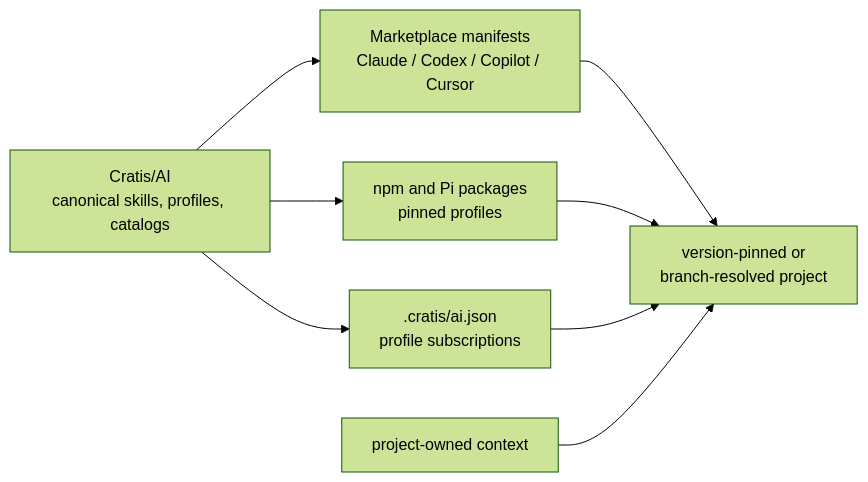
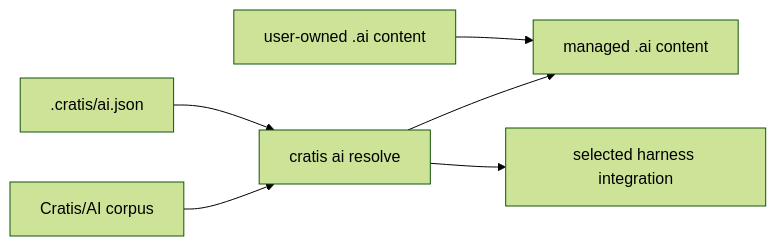
Before and after one commit to Cratis/Documentation: the diagram in web/src/content/docs/ai/trust-and-distribution.mdx, drawn with Mermaid (forest theme). The commit also changed other lines of this file and 1 other file, not shown here.

Commit message:
Document managed Cratis AI installation

````diff
--- a/web/src/content/docs/ai/trust-and-distribution.mdx
+++ b/web/src/content/docs/ai/trust-and-distribution.mdx
@@ -14,10 +12,8 @@
 ```mermaid
 flowchart LR
-    A[Cratis/AI<br/>canonical skills, profiles, catalogs] --> M[Marketplace manifests<br/>Claude / Codex / Copilot / Cursor]
-    A --> N[npm and Pi packages<br/>pinned profiles]
-    A --> S[.cratis/ai.json<br/>profile subscriptions]
-    M --> P[version-pinned or<br/>branch-resolved project]
-    N --> P
-    S --> P
-    X[project-owned context] --> P
+    C[Cratis/AI corpus] --> R[cratis ai resolve]
+    J[.cratis/ai.json] --> R
+    R --> A[managed .ai content]
+    R --> H[selected harness integration]
+    U[user-owned .ai content] --> A
 ```
````
